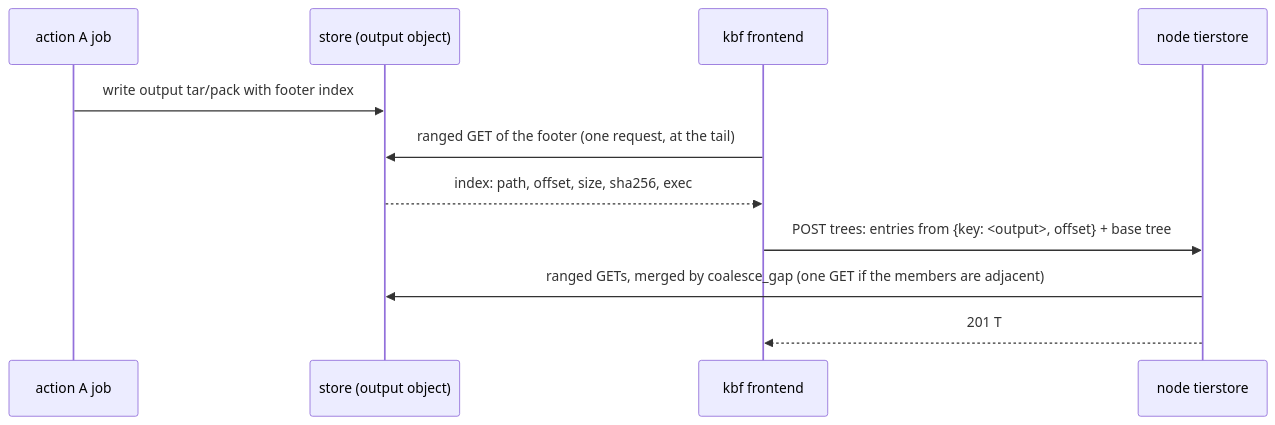
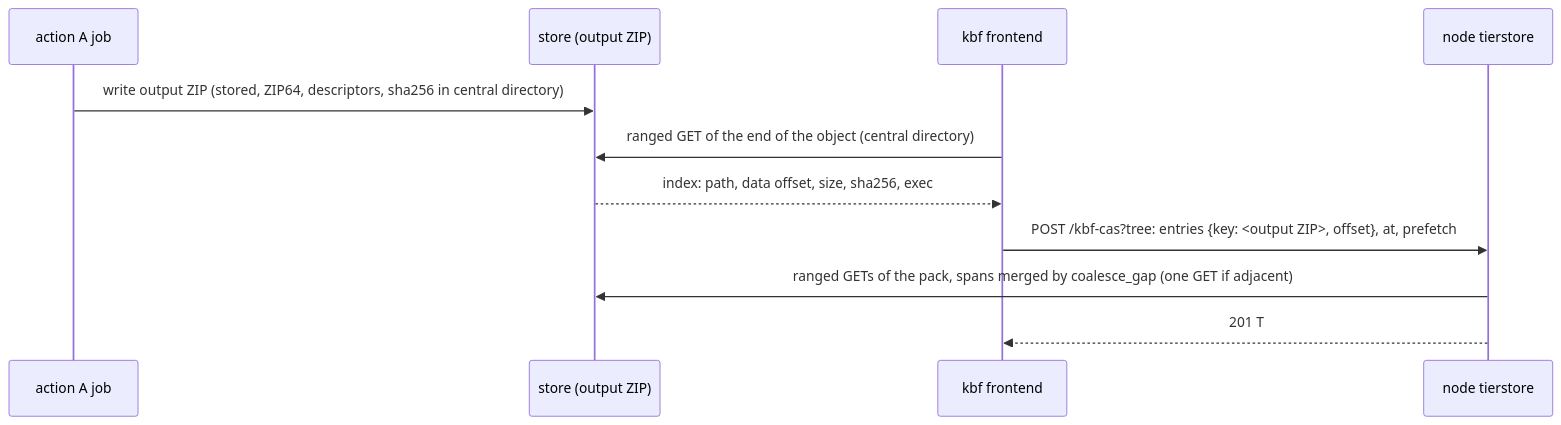
Before and after one commit to komira-ai/tierstore: the third of 3 diagrams in docs/design/node-local-trees.md, drawn with Mermaid. The commit also changed other lines of this file, not shown here.

First line of the commit message:
Revise node-local trees design: placements, span of cached pack, prefetch option, hydrate retired

````diff
--- a/docs/design/node-local-trees.md
+++ b/docs/design/node-local-trees.md
@@ -384,13 +447,13 @@
 ```mermaid
 sequenceDiagram
     participant A as action A job
-    participant S as store (output object)
+    participant S as store (output ZIP)
     participant K as kbf frontend
     participant N as node tierstore
-    A->>S: write output tar/pack with footer index
-    K->>S: ranged GET of the footer (one request, at the tail)
-    S-->>K: index: path, offset, size, sha256, exec
-    K->>N: POST trees: entries from {key: <output>, offset} + base tree
-    N->>S: ranged GETs, merged by coalesce_gap (one GET if the members are adjacent)
+    A->>S: write output ZIP (stored, ZIP64, descriptors, sha256 in central directory)
+    K->>S: ranged GET of the end of the object (central directory)
+    S-->>K: index: path, data offset, size, sha256, exec
+    K->>N: POST /kbf-cas?tree: entries {key: <output ZIP>, offset}, at, prefetch
+    N->>S: ranged GETs of the pack, spans merged by coalesce_gap (one GET if adjacent)
     N-->>K: 201 T
 ```
````
